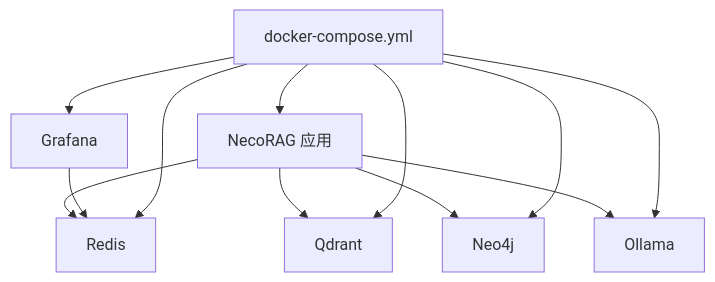
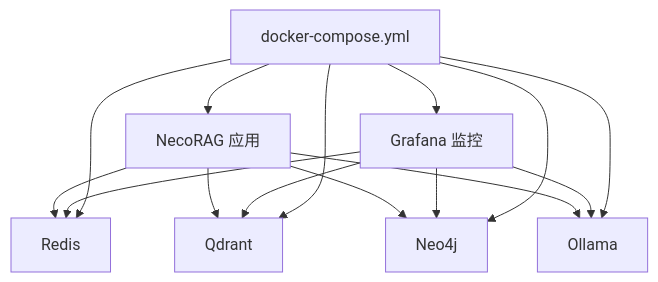
Before and after one commit to JieGaoPrinceton/NecoRAG: the seventh of 7 diagrams in .qoder/repowiki/zh/content/仪表板系统/仪表板系统.md, drawn with Mermaid. The commit also changed other lines of this file and 12 other files, not shown here.

````diff
--- a/.qoder/repowiki/zh/content/仪表板系统/仪表板系统.md
+++ b/.qoder/repowiki/zh/content/仪表板系统/仪表板系统.md
@@ -300,14 +400,17 @@
 ```mermaid
 graph TB
 App["NecoRAG 应用"] --> Redis["Redis"]
 App --> Qdrant["Qdrant"]
 App --> Neo4j["Neo4j"]
 App --> Ollama["Ollama"]
-Grafana["Grafana"] --> Redis
+Grafana["Grafana 监控"] --> Redis
+Grafana --> Qdrant
+Grafana --> Neo4j
+Grafana --> Ollama
 Compose["docker-compose.yml"] --> App
 Compose --> Redis
 Compose --> Qdrant
 Compose --> Neo4j
 Compose --> Ollama
 Compose --> Grafana
 ```
````
